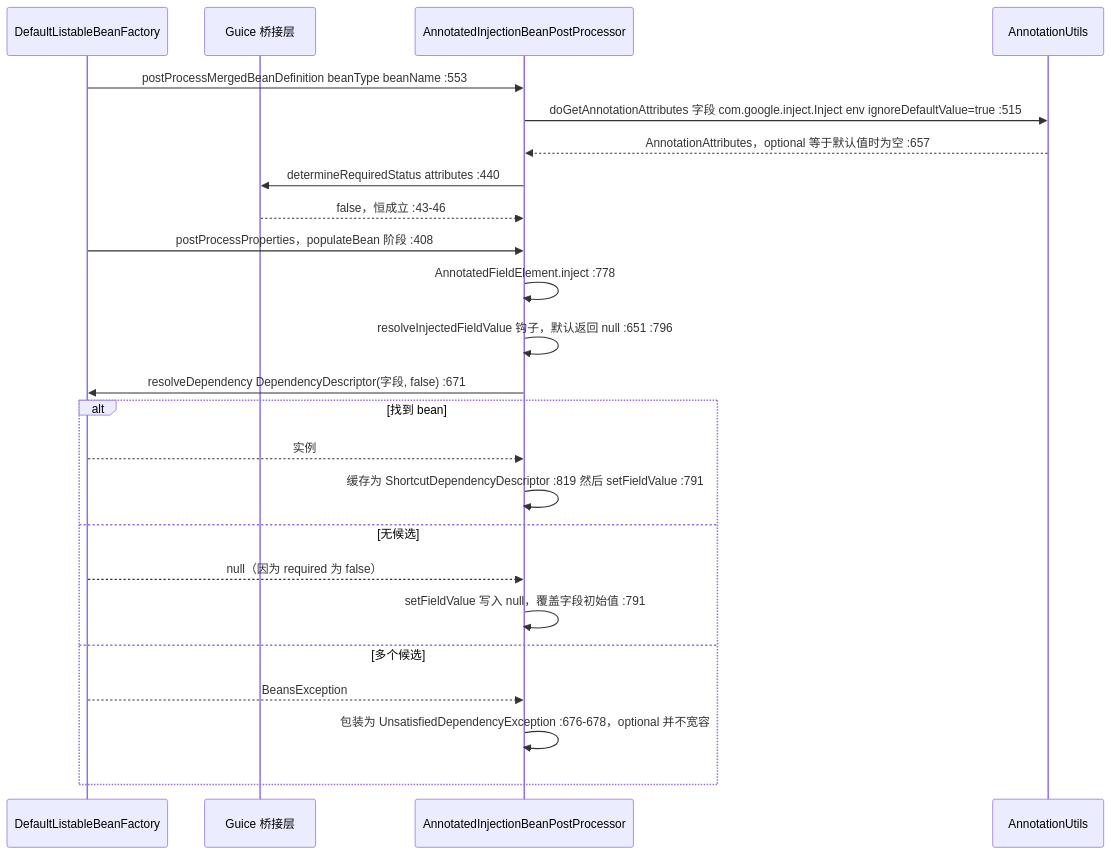
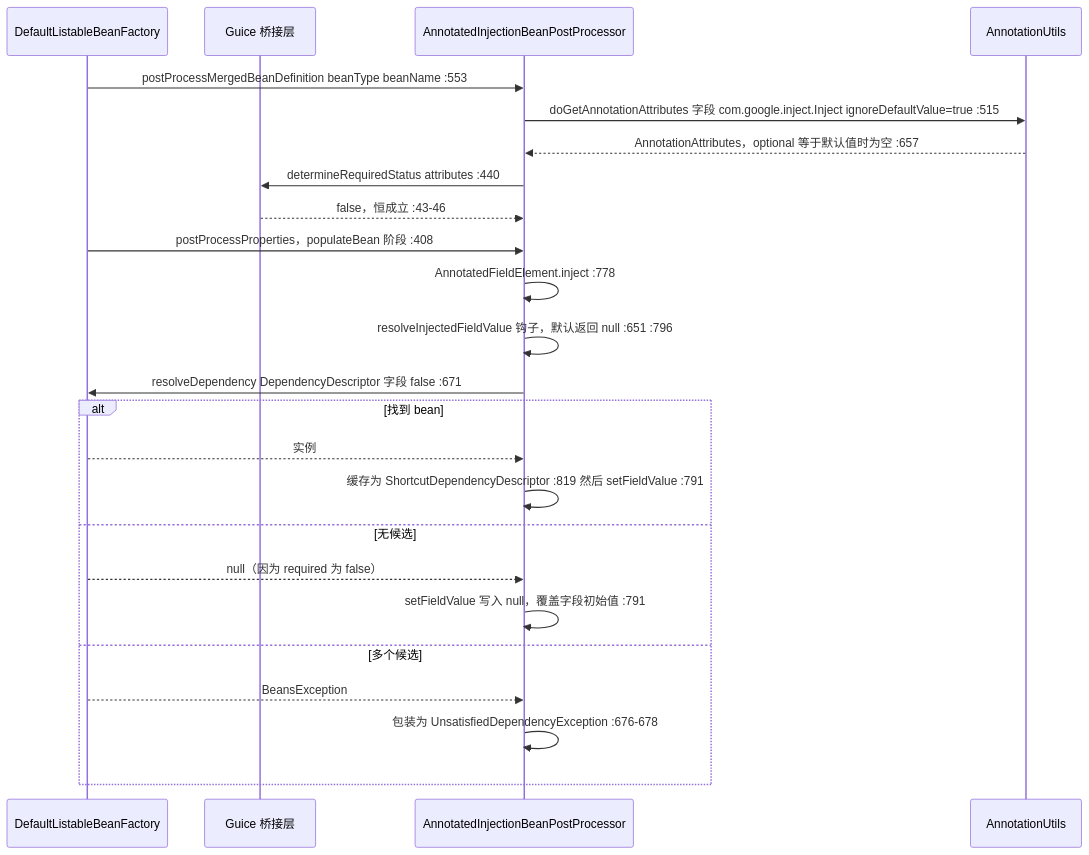
Before and after one commit to microsphere-projects/microsphere-spring: the third of 3 diagrams in docs/developer-guide/current/zh/guice.md, drawn with Mermaid. The commit also changed other lines of this file and 13 other files, not shown here.

````diff
--- a/docs/developer-guide/current/zh/guice.md
+++ b/docs/developer-guide/current/zh/guice.md
@@ -143,26 +128,26 @@
 ```mermaid
 sequenceDiagram
     participant BF as DefaultListableBeanFactory
     participant PP as Guice 桥接层
     participant BASE as AnnotatedInjectionBeanPostProcessor
     participant AU as AnnotationUtils
     BF->>BASE: postProcessMergedBeanDefinition beanType beanName :553
-    BASE->>AU: doGetAnnotationAttributes 字段 com.google.inject.Inject env ignoreDefaultValue=true :515
+    BASE->>AU: doGetAnnotationAttributes 字段 com.google.inject.Inject ignoreDefaultValue=true :515
     AU-->>BASE: AnnotationAttributes，optional 等于默认值时为空 :657
     BASE->>PP: determineRequiredStatus attributes :440
     PP-->>BASE: false，恒成立 :43-46
     BF->>BASE: postProcessProperties，populateBean 阶段 :408
     BASE->>BASE: AnnotatedFieldElement.inject :778
     BASE->>BASE: resolveInjectedFieldValue 钩子，默认返回 null :651 :796
-    BASE->>BF: resolveDependency DependencyDescriptor(字段, false) :671
+    BASE->>BF: resolveDependency DependencyDescriptor 字段 false :671
     alt 找到 bean
         BF-->>BASE: 实例
         BASE->>BASE: 缓存为 ShortcutDependencyDescriptor :819 然后 setFieldValue :791
     else 无候选
         BF-->>BASE: null（因为 required 为 false）
         BASE->>BASE: setFieldValue 写入 null，覆盖字段初始值 :791
     else 多个候选
         BF-->>BASE: BeansException
-        BASE->>BASE: 包装为 UnsatisfiedDependencyException :676-678，optional 并不宽容
+        BASE->>BASE: 包装为 UnsatisfiedDependencyException :676-678
     end
 ```
````
